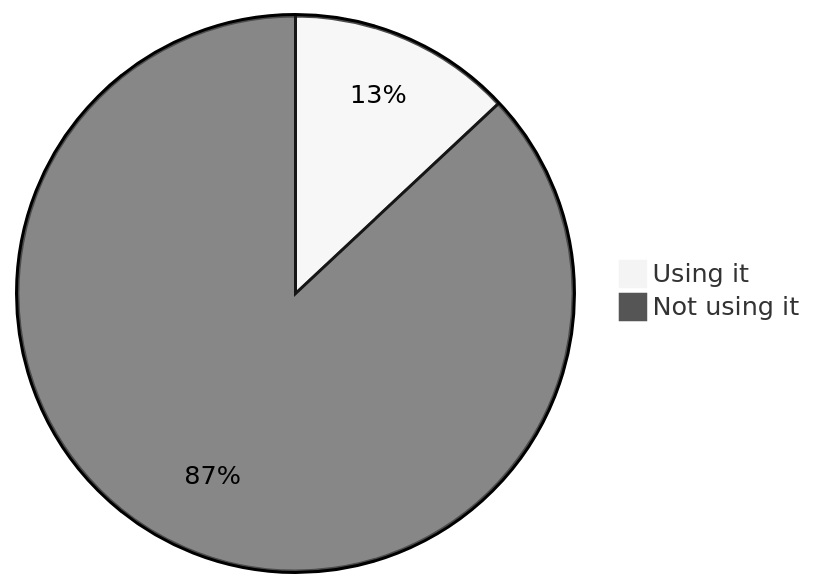
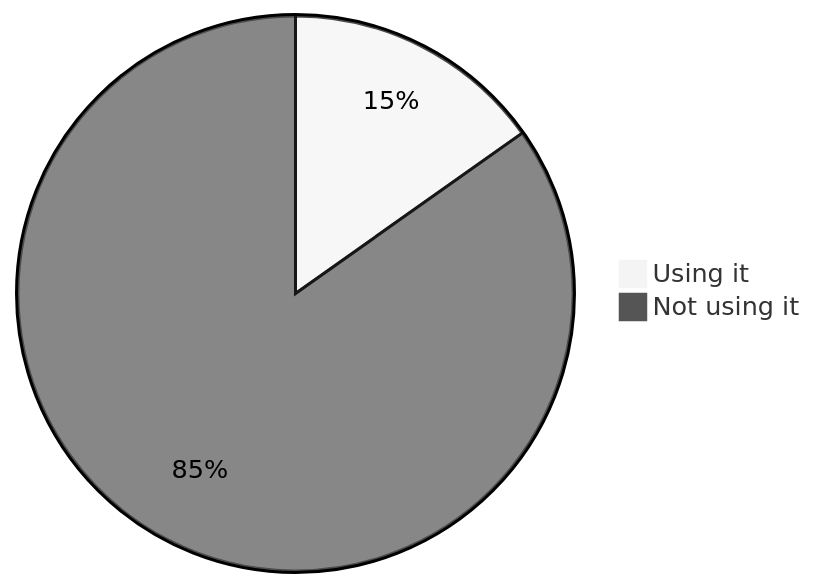
Diagram 13 of 22 in stats.md (oshp/oshp-stats), drawn with Mermaid (neutral theme) before and after one commit. The commit also changed other lines of this file, not shown here.

````diff
--- a/stats.md
+++ b/stats.md
@@ -154,6 +154,6 @@
 ```mermaid
 pie
-	"Using it" : 13.03
-	"Not using it" : 86.97
+	"Using it" : 15.2
+	"Not using it" : 84.8
 
 ```
````
